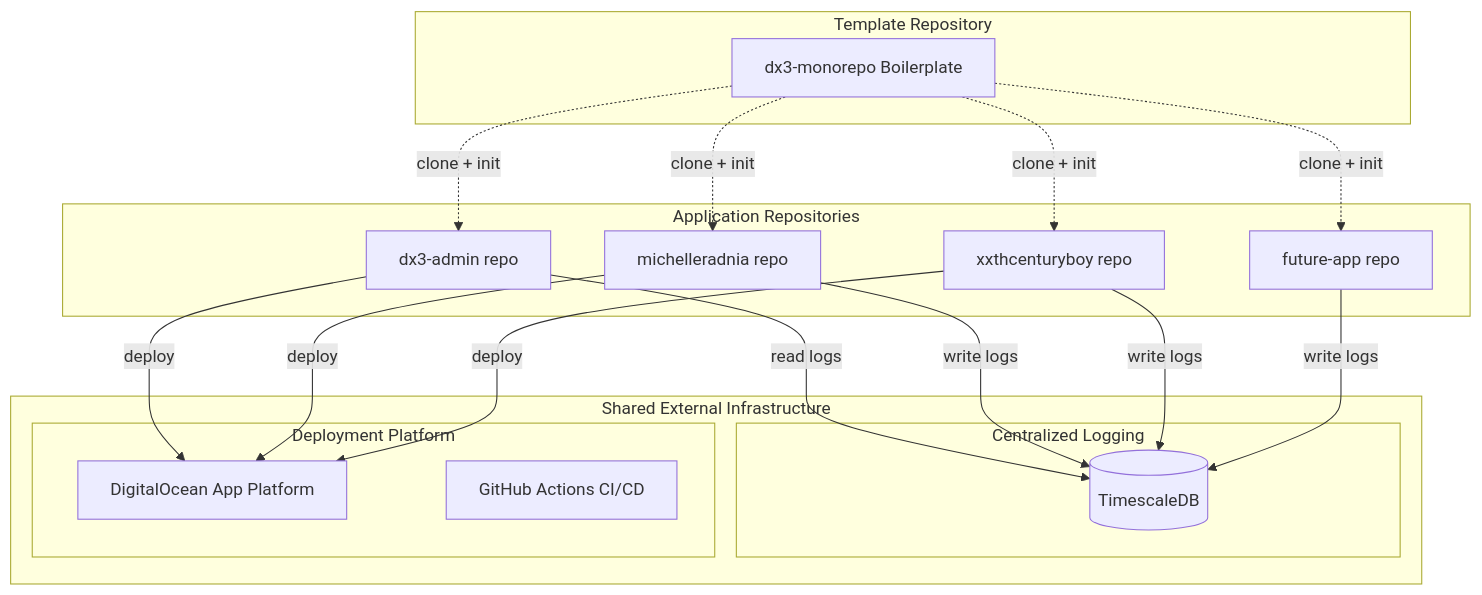
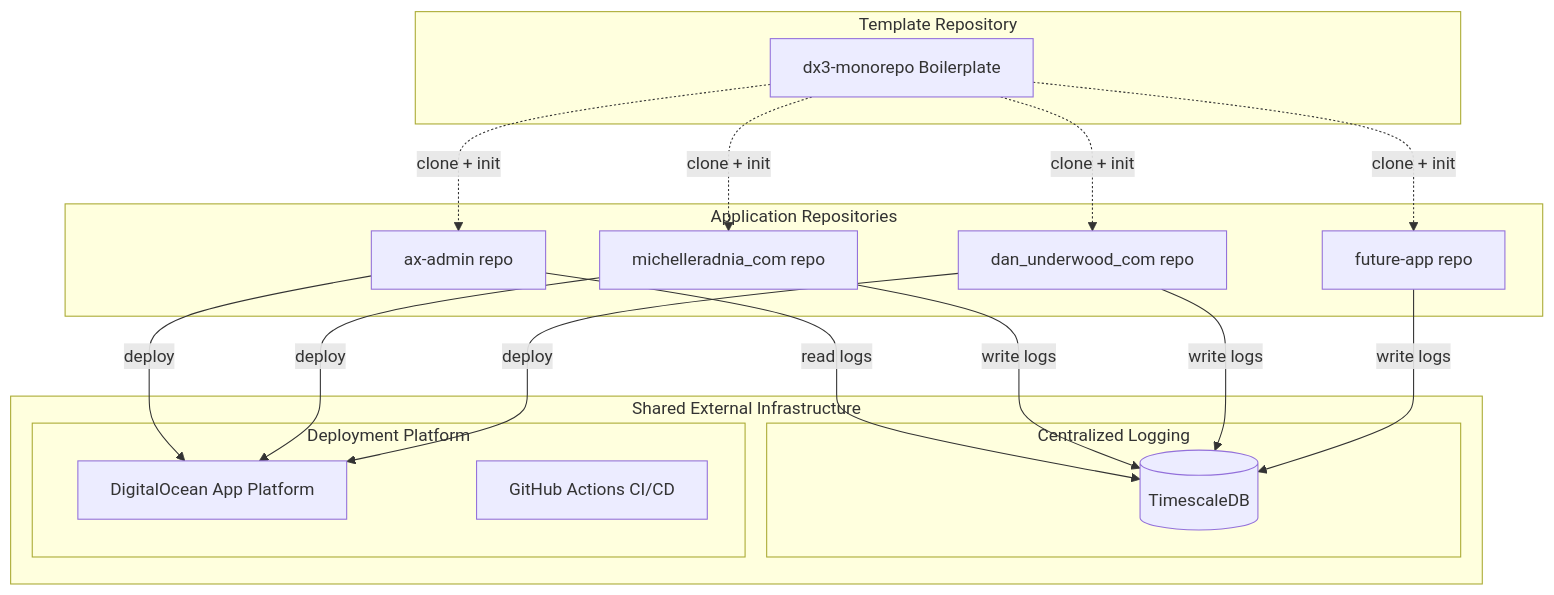
Before and after one commit to xxthcenturyboy/DX3-Monorepo: the first of 8 diagrams in docs/MULTI-APP-ECOSYSTEM-ARCHITECTURE.md, drawn with Mermaid. The commit also changed other lines of this file and 21 other files, not shown here.

````diff
--- a/docs/MULTI-APP-ECOSYSTEM-ARCHITECTURE.md
+++ b/docs/MULTI-APP-ECOSYSTEM-ARCHITECTURE.md
@@ -34,38 +34,38 @@
 ```mermaid
 flowchart TB
     subgraph Templates [Template Repository]
         DX3[dx3-monorepo Boilerplate]
     end
 
     subgraph AppRepos [Application Repositories]
-        ParentRepo[dx3-admin repo]
-        Personal1Repo[michelleradnia repo]
-        Personal2Repo[xxthcenturyboy repo]
+        ParentRepo[ax-admin repo]
+        Personal1Repo[michelleradnia_com repo]
+        Personal2Repo[dan_underwood_com repo]
         FutureRepo[future-app repo]
     end
 
     subgraph SharedInfra [Shared External Infrastructure]
         subgraph LoggingCluster [Centralized Logging]
             TimescaleDB[(TimescaleDB)]
         end
 
         subgraph DeploymentPlatform [Deployment Platform]
             DOAppPlatform[DigitalOcean App Platform]
             CICD[GitHub Actions CI/CD]
         end
     end
 
     DX3 -.->|clone + init| ParentRepo
     DX3 -.->|clone + init| Personal1Repo
     DX3 -.->|clone + init| Personal2Repo
     DX3 -.->|clone + init| FutureRepo
 
     ParentRepo -->|read logs| TimescaleDB
     Personal1Repo -->|write logs| TimescaleDB
     Personal2Repo -->|write logs| TimescaleDB
     FutureRepo -->|write logs| TimescaleDB
 
     ParentRepo -->|deploy| DOAppPlatform
     Personal1Repo -->|deploy| DOAppPlatform
     Personal2Repo -->|deploy| DOAppPlatform
 ```
````
